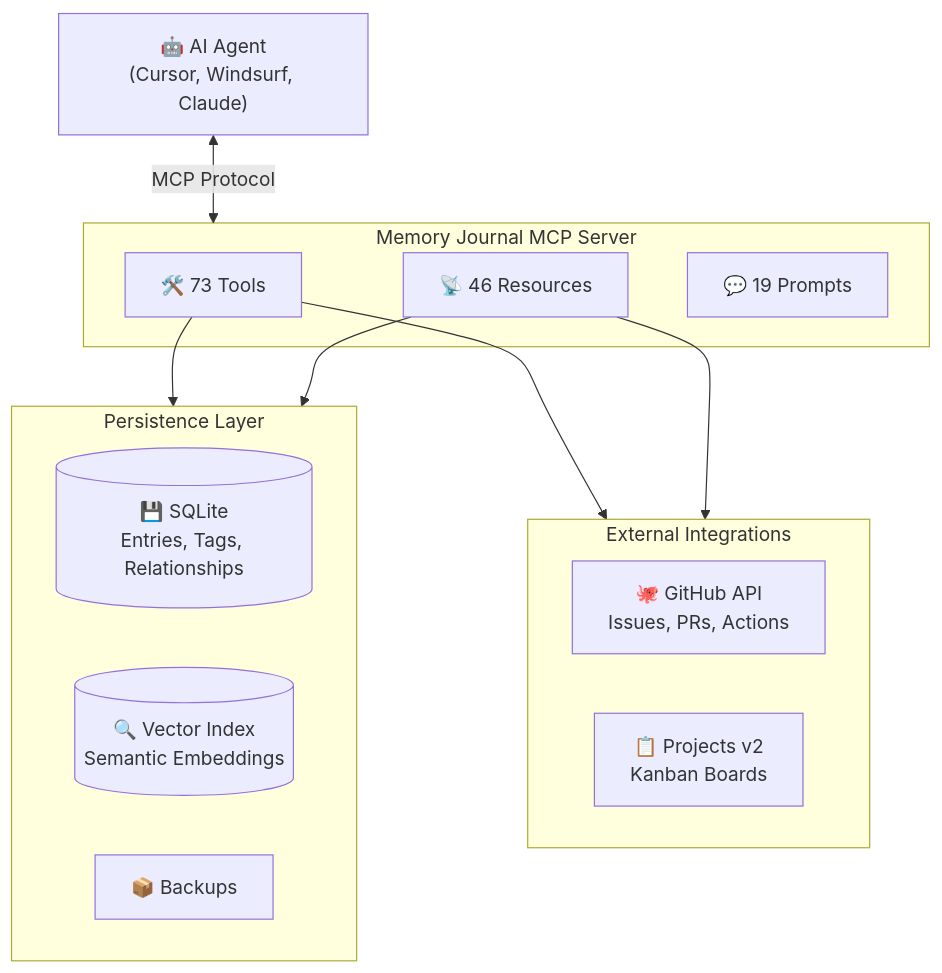
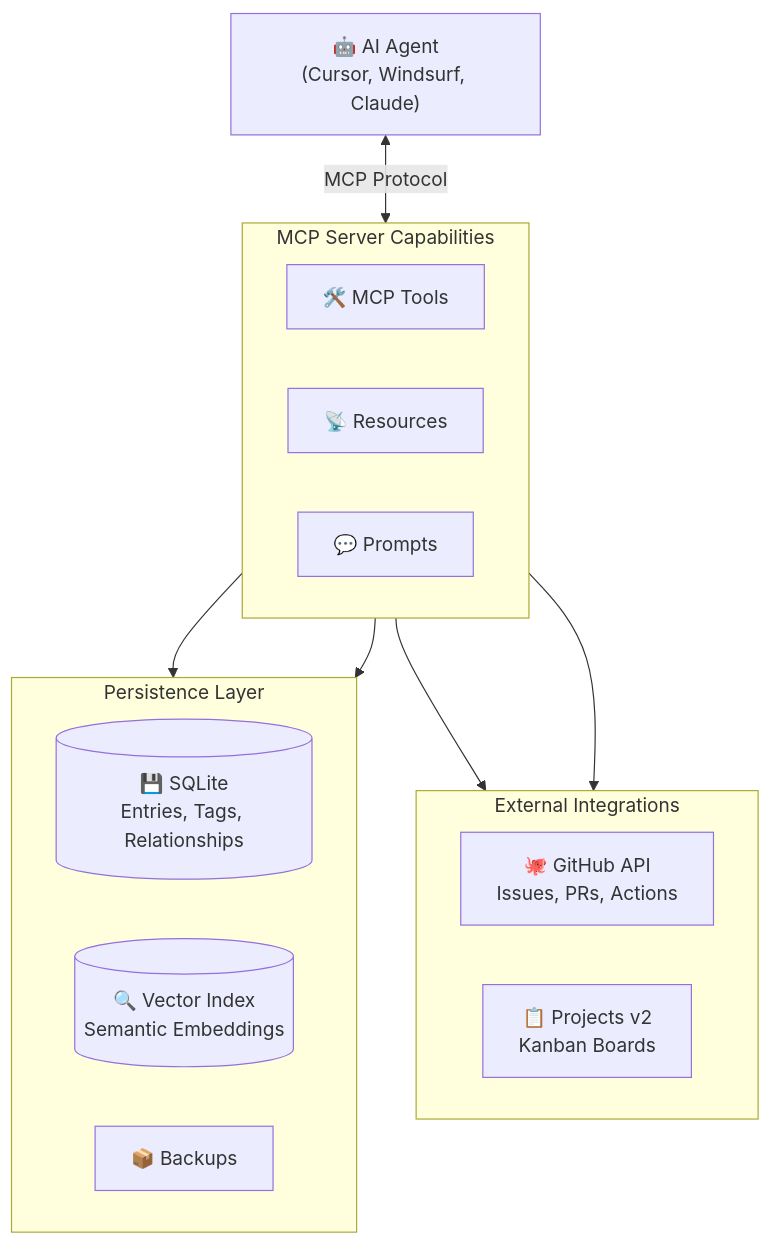
One commit to neverinfamous/memory-journal-mcp changed the second of 2 diagrams in README.md. Above: the diagram before and after it, drawn with Mermaid. The commit also changed other lines of this file and 1475 other files, not shown here.

````diff
--- a/README.md
+++ b/README.md
@@ -744,27 +626,28 @@
 ```mermaid
 flowchart TB
     AI["🤖 AI Agent<br/>(Cursor, Windsurf, Claude)"]
 
-    subgraph MCP["Memory Journal MCP Server"]
-        Tools["🛠️ 73 Tools"]
-        Resources["📡 46 Resources"]
-        Prompts["💬 19 Prompts"]
+    subgraph MCP["MCP Server Capabilities"]
+        direction LR
+        Tools["🛠️ MCP Tools"]
+        Resources["📡 Resources"]
+        Prompts["💬 Prompts"]
     end
 
     subgraph Storage["Persistence Layer"]
         SQLite[("💾 SQLite<br/>Entries, Tags, Relationships")]
         Vector[("🔍 Vector Index<br/>Semantic Embeddings")]
         Backups["📦 Backups"]
     end
 
     subgraph External["External Integrations"]
         GitHub["🐙 GitHub API<br/>Issues, PRs, Actions"]
         Kanban["📋 Projects v2<br/>Kanban Boards"]
     end
 
     AI <-->|"MCP Protocol"| MCP
     Tools --> Storage
     Tools --> External
     Resources --> Storage
     Resources --> External
 ```
````
